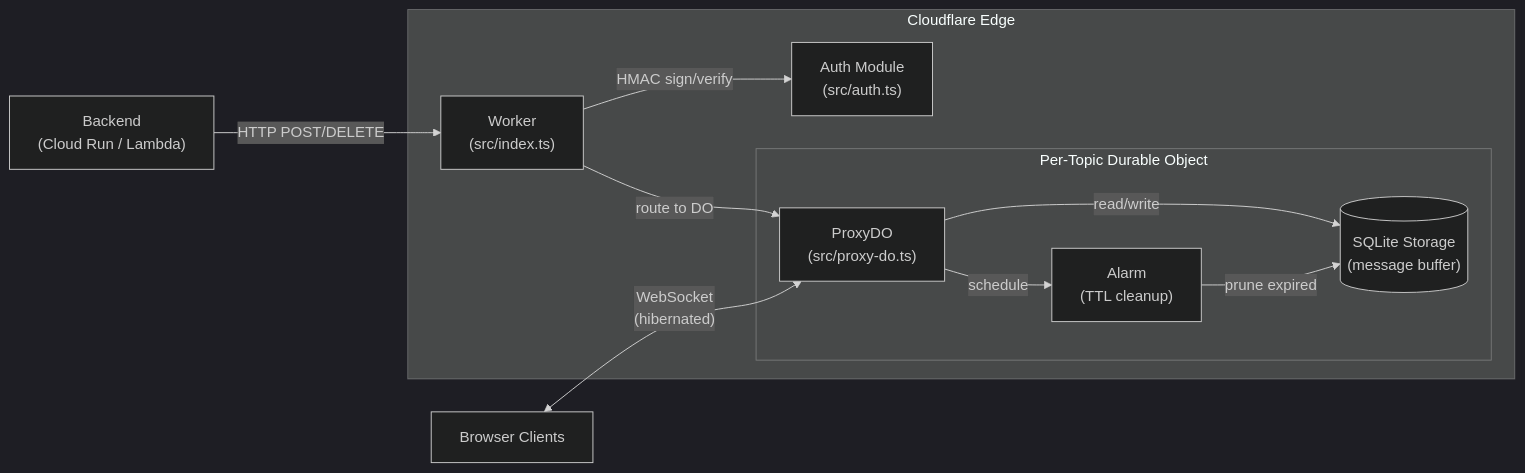
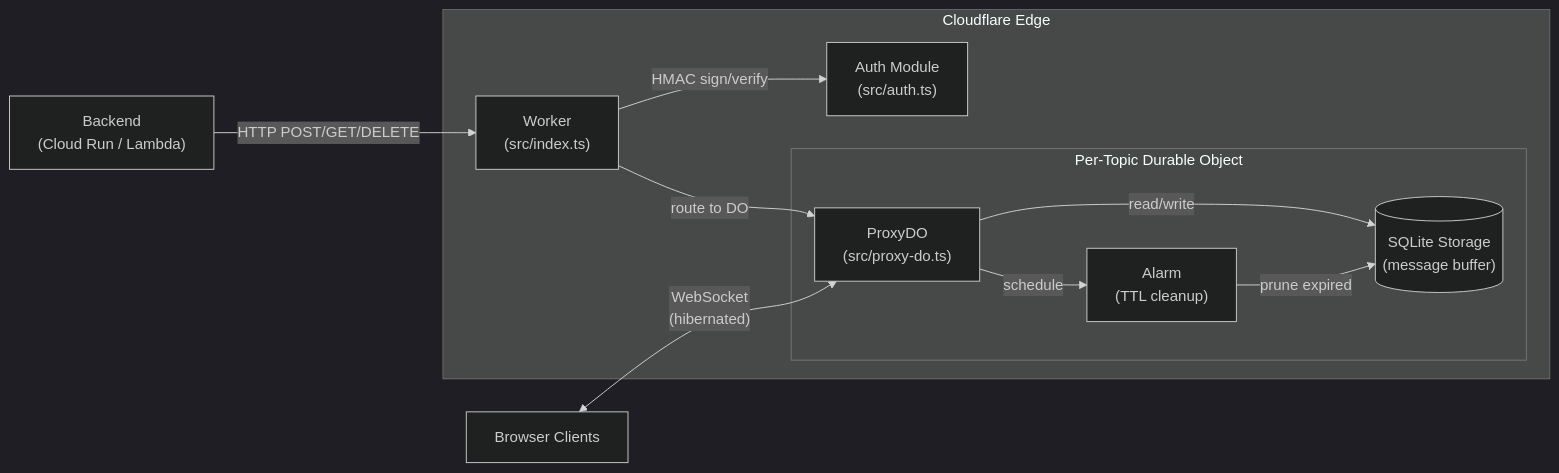
The second of 3 diagrams in ARCHITECTURE.md (buoyant-systems/cloudflare-ws-proxy), drawn with Mermaid (dark theme) before and after one commit. The commit also changed other lines of this file and 4 other files, not shown here.

````diff
--- a/ARCHITECTURE.md
+++ b/ARCHITECTURE.md
@@ -52,22 +61,22 @@
 ```mermaid
 flowchart LR
     subgraph "Cloudflare Edge"
         W["Worker\n(src/index.ts)"]
         A["Auth Module\n(src/auth.ts)"]
 
         subgraph "Per-Topic Durable Object"
             DO["ProxyDO\n(src/proxy-do.ts)"]
             S[("SQLite Storage\n(message buffer)")]
             AL["Alarm\n(TTL cleanup)"]
         end
 
         W -- "HMAC sign/verify" --> A
         W -- "route to DO" --> DO
         DO -- "read/write" --> S
         DO -- "schedule" --> AL
         AL -- "prune expired" --> S
     end
 
-    BE["Backend\n(Cloud Run / Lambda)"] -- "HTTP POST/DELETE" --> W
+    BE["Backend\n(Cloud Run / Lambda)"] -- "HTTP POST/GET/DELETE" --> W
     BR["Browser Clients"] <-- "WebSocket\n(hibernated)" --> DO
 ```
````
